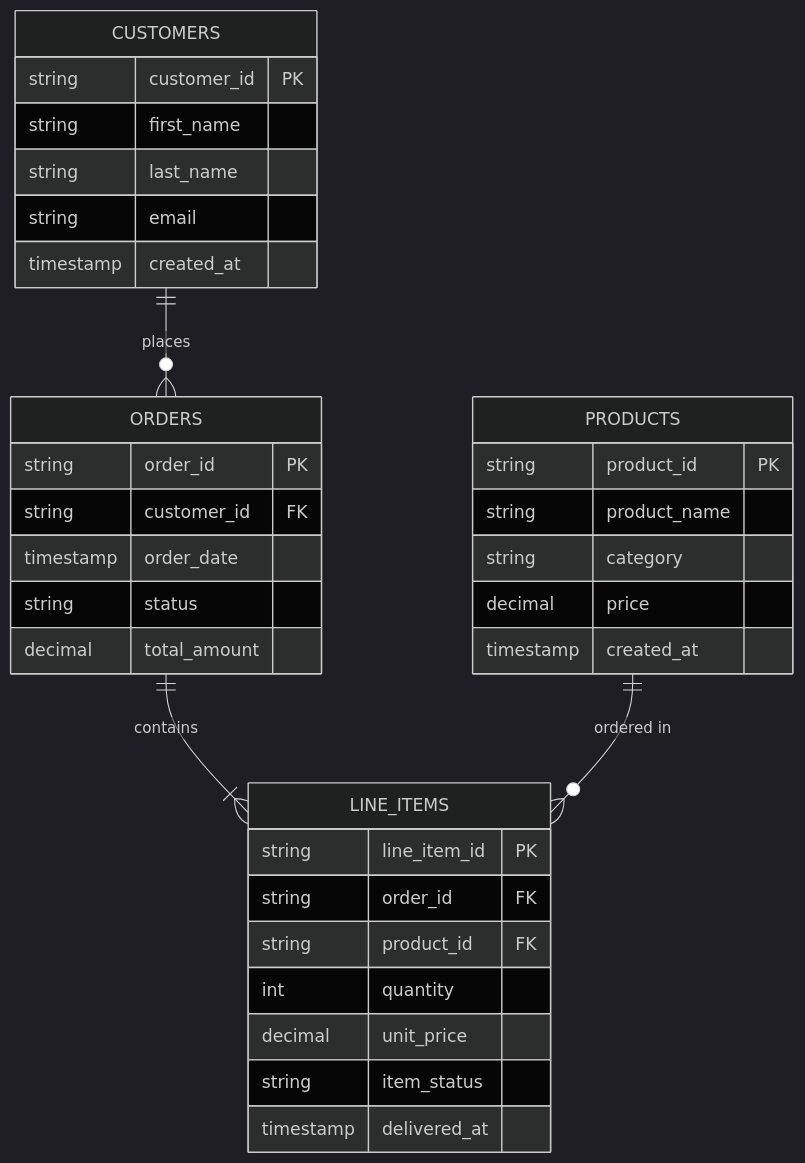
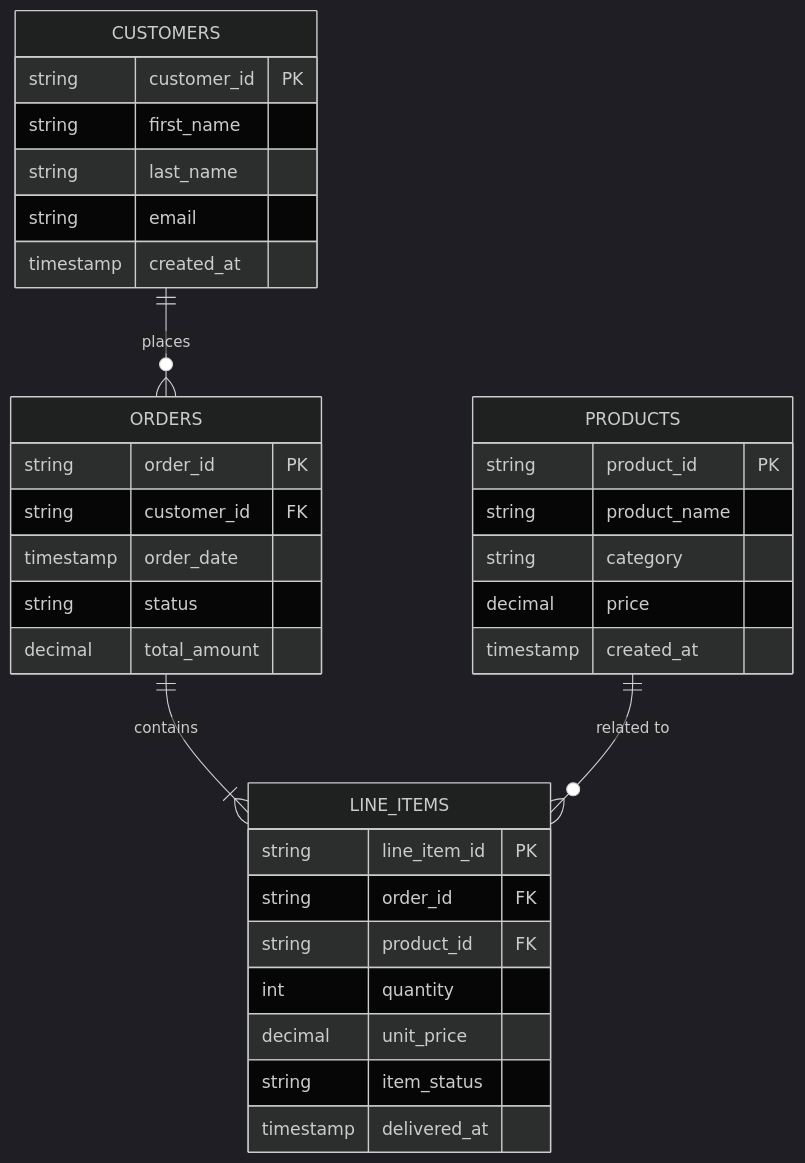
The first of 2 diagrams in entity-relationship-diagram.md (hugogiacomini/dbx-capstone-project), drawn with Mermaid (dark theme) before and after one commit.

````diff
--- a/entity-relationship-diagram.md
+++ b/entity-relationship-diagram.md
@@ -5,40 +5,40 @@
 ```mermaid
 erDiagram
     CUSTOMERS ||--o{ ORDERS : places
     ORDERS ||--|{ LINE_ITEMS : contains
-    PRODUCTS ||--o{ LINE_ITEMS : "ordered in"
+    PRODUCTS ||--o{ LINE_ITEMS : "related to"
 
     CUSTOMERS {
         string customer_id PK
         string first_name
         string last_name
         string email
         timestamp created_at
     }
 
     PRODUCTS {
         string product_id PK
         string product_name
         string category
         decimal price
         timestamp created_at
     }
 
     ORDERS {
         string order_id PK
         string customer_id FK
         timestamp order_date
         string status
         decimal total_amount
     }
 
     LINE_ITEMS {
         string line_item_id PK
         string order_id FK
         string product_id FK
         int quantity
         decimal unit_price
         string item_status
         timestamp delivered_at
     }
 ```
````
